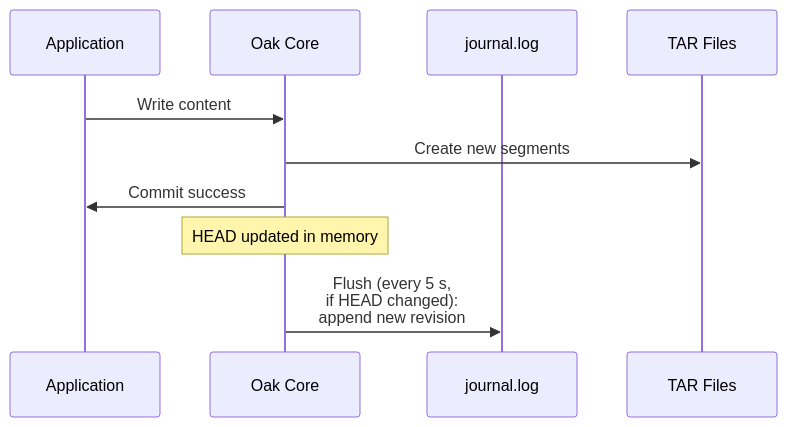
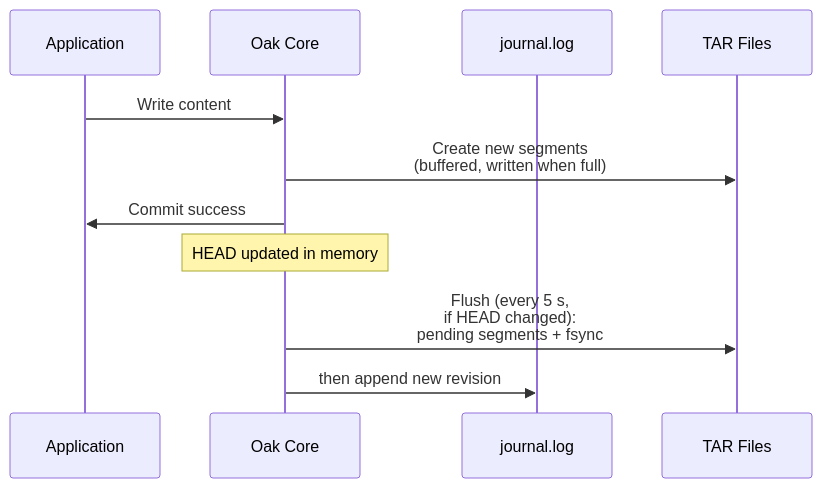
Before and after one commit to somarc/oak-magnum-oakus: the diagram in docs/architecture/journal.md, drawn with Mermaid. The commit also changed other lines of this file and 5 other files, not shown here.

First line of the commit message:
docs(architecture): segments, journal and TAR files checked against code and real stores

````diff
--- a/docs/architecture/journal.md
+++ b/docs/architecture/journal.md
@@ -38,13 +47,14 @@
 ```mermaid
 sequenceDiagram
     participant App as Application
     participant Oak as Oak Core
     participant Journal as journal.log
     participant TAR as TAR Files
     
     App->>Oak: Write content
-    Oak->>TAR: Create new segments
+    Oak->>TAR: Create new segments<br/>(buffered, written when full)
     Oak->>App: Commit success
     Note over Oak: HEAD updated in memory
-    Oak->>Journal: Flush (every 5 s,<br/>if HEAD changed):<br/>append new revision
+    Oak->>TAR: Flush (every 5 s,<br/>if HEAD changed):<br/>pending segments + fsync
+    Oak->>Journal: then append new revision
 ```
````
